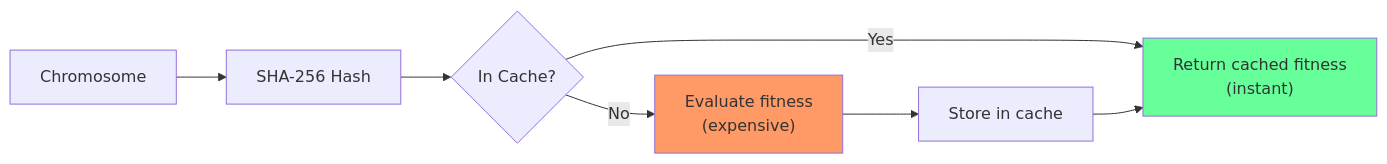
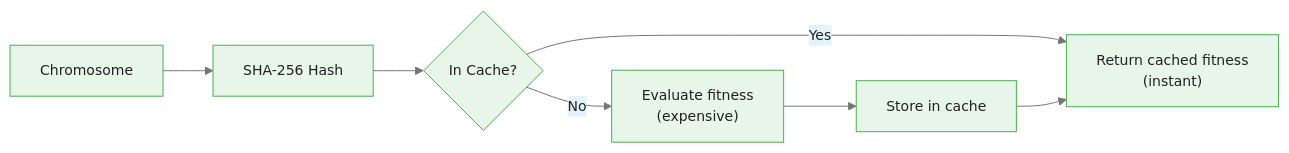
The second of 2 diagrams in courses/genetic-algorithms-feature-selection/modules/module_04_implementation/guides/03_production_considerations_slides.md (m-deane/course-creator), drawn with Mermaid before and after one commit. The commit also changed other lines of this file and 52 other files, not shown here.

````diff
--- a/courses/genetic-algorithms-feature-selection/modules/module_04_implementation/guides/03_production_considerations_slides.md
+++ b/courses/genetic-algorithms-feature-selection/modules/module_04_implementation/guides/03_production_considerations_slides.md
@@ -122,11 +122,10 @@
 ```mermaid
+%%{init: {"theme": "base", "themeVariables": {"primaryColor": "#e8f5e9", "primaryBorderColor": "#4caf50", "primaryTextColor": "#212121", "secondaryColor": "#e3f2fd", "tertiaryColor": "#fff8e1", "lineColor": "#757575", "fontFamily": "Inter, sans-serif", "fontSize": "14px"}}}%%
 flowchart LR
     A["Chromosome"] --> B["SHA-256 Hash"]
     B --> C{"In Cache?"}
     C -->|Yes| D["Return cached fitness<br/>(instant)"]
     C -->|No| E["Evaluate fitness<br/>(expensive)"]
     E --> F["Store in cache"]
     F --> D
-    style D fill:#6f9
-    style E fill:#f96
 ```
````
